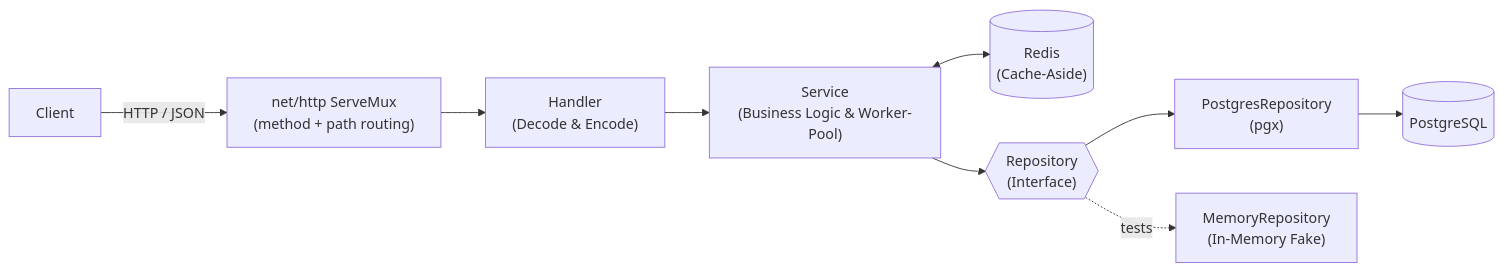
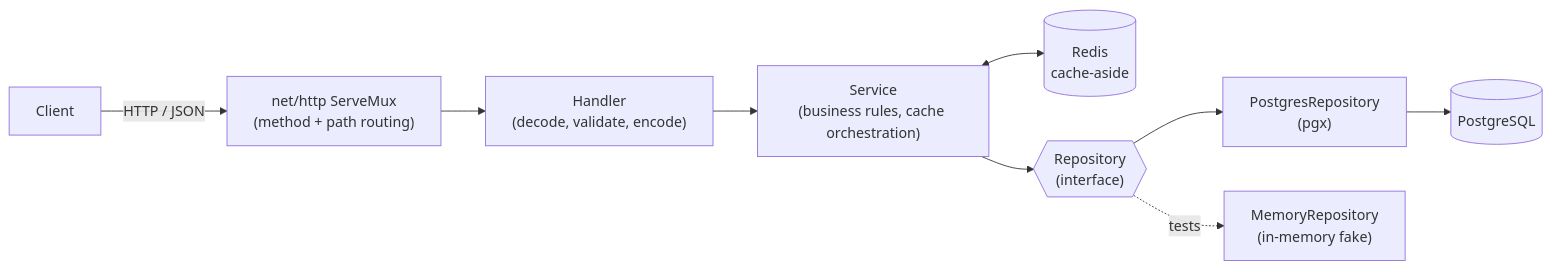
The diagram in README.md (davidalexander24/go-listings-api), drawn with Mermaid before and after one commit. The commit also changed other lines of this file and 2 other files, not shown here.

````diff
--- a/README.md
+++ b/README.md
@@ -29,11 +17,11 @@
 ```mermaid
 flowchart LR
     Client -->|HTTP / JSON| Mux["net/http ServeMux<br/>(method + path routing)"]
-    Mux --> Handler["Handler<br/>(Decode & Encode)"]
-    Handler --> Service["Service<br/>(Business Logic & Worker-Pool)"]
-    Service <--> Redis[("Redis<br/>(Cache-Aside)")]
-    Service --> Repo{{"Repository<br/>(Interface)"}}
+    Mux --> Handler["Handler<br/>(decode, validate, encode)"]
+    Handler --> Service["Service<br/>(business rules, cache orchestration)"]
+    Service <--> Redis[("Redis<br/>cache-aside")]
+    Service --> Repo{{"Repository<br/>(interface)"}}
     Repo --> PG["PostgresRepository<br/>(pgx)"]
-    Repo -. tests .-> Mem["MemoryRepository<br/>(In-Memory Fake)"]
+    Repo -. tests .-> Mem["MemoryRepository<br/>(in-memory fake)"]
     PG --> DB[("PostgreSQL")]
 ```
````
